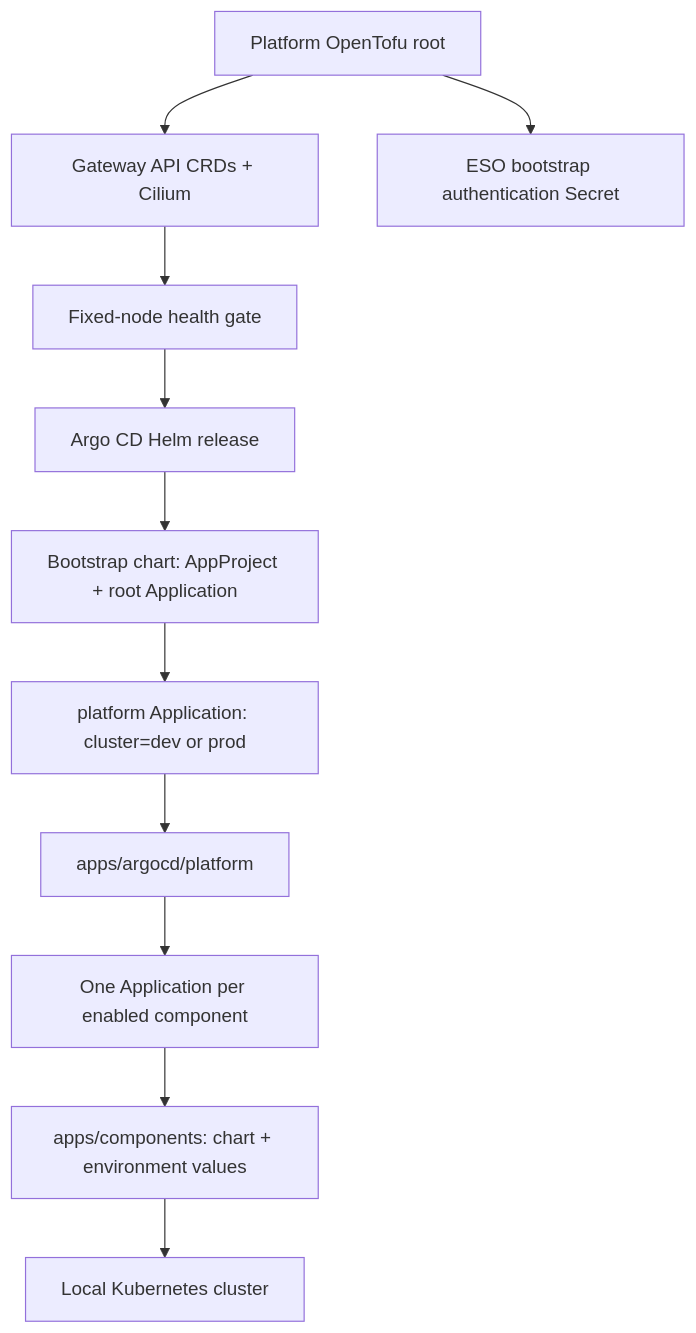
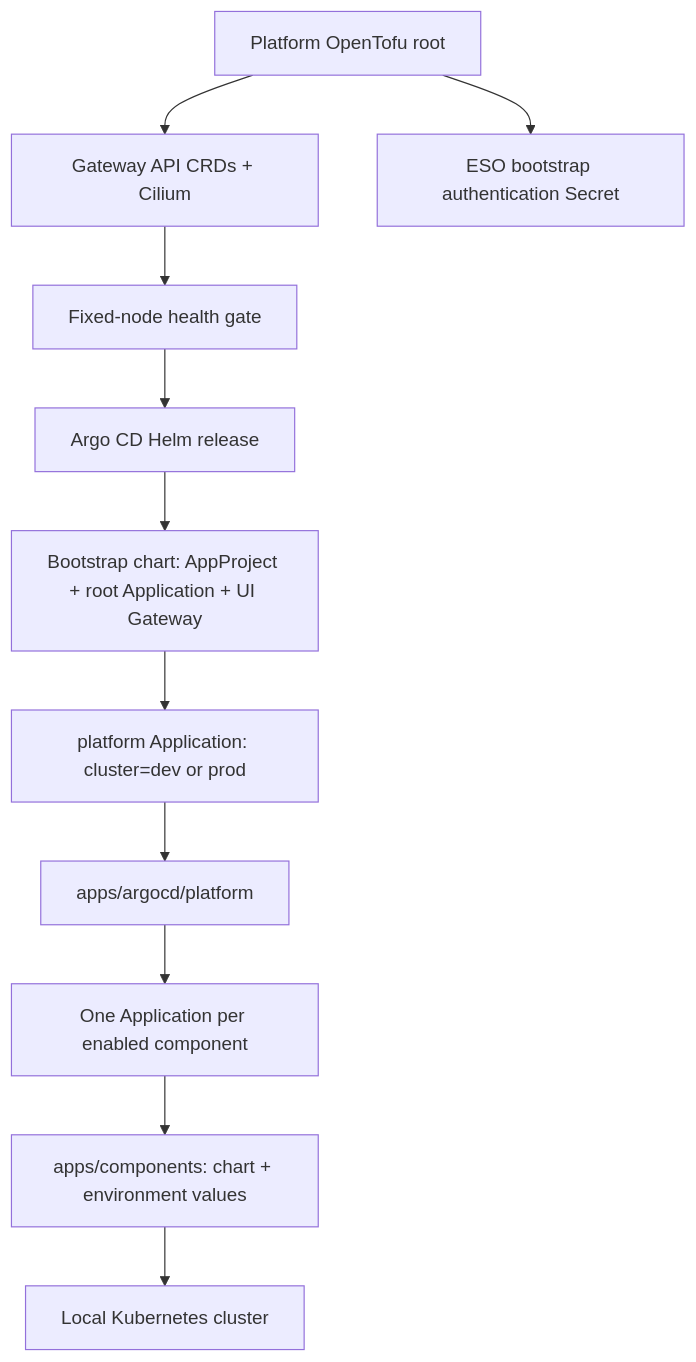
The first of 2 diagrams in docs/architecture/gitops.md (phuchoang2603/talos-proxmox), drawn with Mermaid before and after one commit. The commit also changed other lines of this file and 15 other files, not shown here.

Commit message:
Move the Argo CD UI Gateway into the Argo CD bootstrap chart

````diff
--- a/docs/architecture/gitops.md
+++ b/docs/architecture/gitops.md
@@ -9,13 +9,13 @@
 ```mermaid
 flowchart TD
     TF["Platform OpenTofu root"] --> CNI["Gateway API CRDs + Cilium"]
     CNI --> Gate["Fixed-node health gate"]
     Gate --> Argo["Argo CD Helm release"]
     TF --> Auth["ESO bootstrap authentication Secret"]
-    Argo --> Bootstrap["Bootstrap chart: AppProject + root Application"]
+    Argo --> Bootstrap["Bootstrap chart: AppProject + root Application + UI Gateway"]
     Bootstrap --> Root["platform Application: cluster=dev or prod"]
     Root --> Shared["apps/argocd/platform"]
     Shared --> Apps["One Application per enabled component"]
     Apps --> Components["apps/components: chart + environment values"]
     Components --> Local["Local Kubernetes cluster"]
 ```
````
